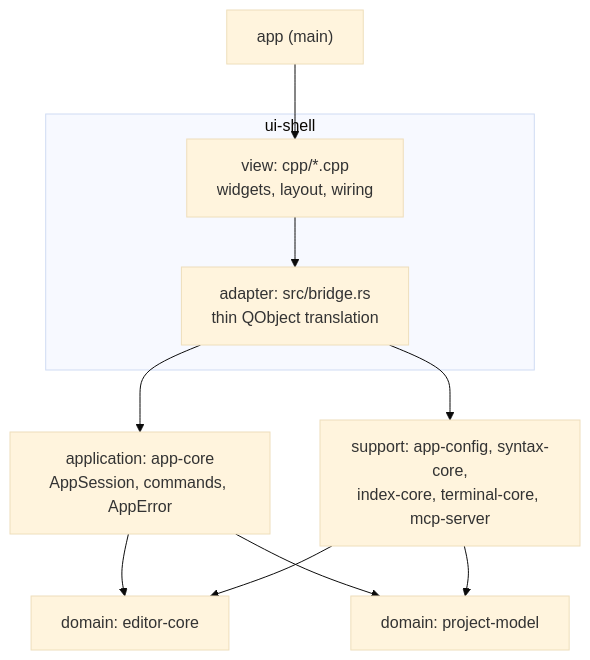
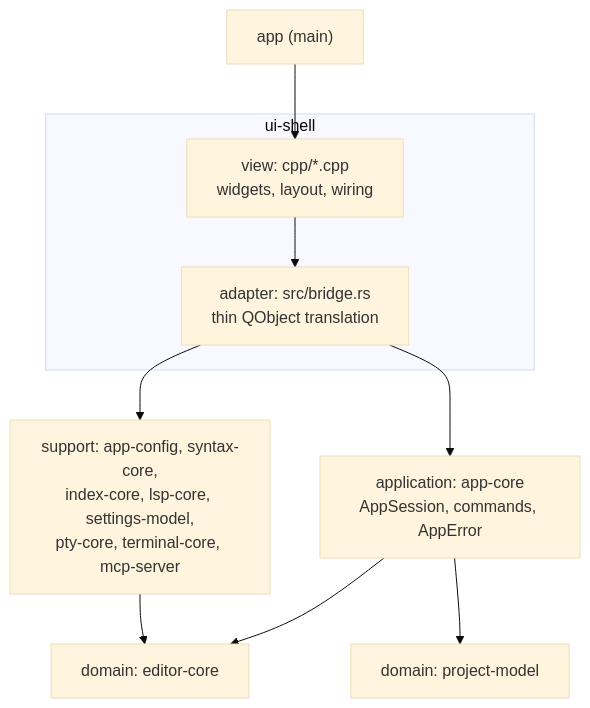
The diagram in docs/architecture/overview.md (floriankraemer/ide), drawn with Mermaid (base theme) before and after one commit. The commit also changed other lines of this file and 5 other files, not shown here.

````diff
--- a/docs/architecture/overview.md
+++ b/docs/architecture/overview.md
@@ -28,13 +28,12 @@
 ```mermaid
 graph TB
     app["app (main)"] --> view
     subgraph uishell["ui-shell"]
         view["view: cpp/*.cpp<br/>widgets, layout, wiring"] --> adapter["adapter: src/bridge.rs<br/>thin QObject translation"]
     end
     adapter --> appcore["application: app-core<br/>AppSession, commands, AppError"]
-    adapter --> support["support: app-config, syntax-core,<br/>index-core, terminal-core, mcp-server"]
+    adapter --> support["support: app-config, syntax-core,<br/>index-core, lsp-core, settings-model,<br/>pty-core, terminal-core, mcp-server"]
     appcore --> editorcore["domain: editor-core"]
     appcore --> projectmodel["domain: project-model"]
     support --> editorcore
-    support --> projectmodel
 ```
````
